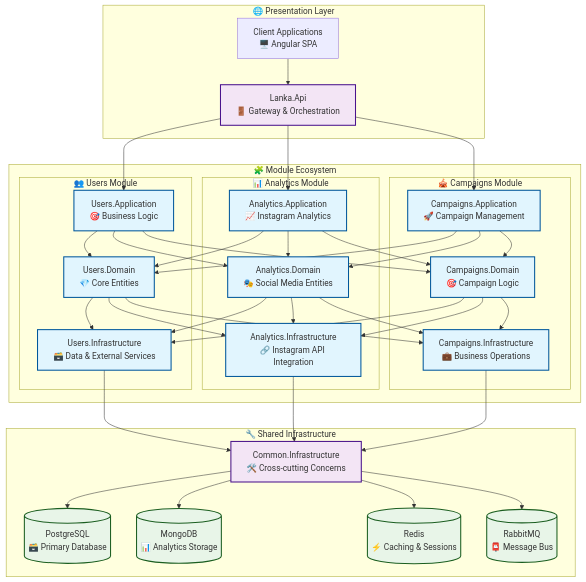
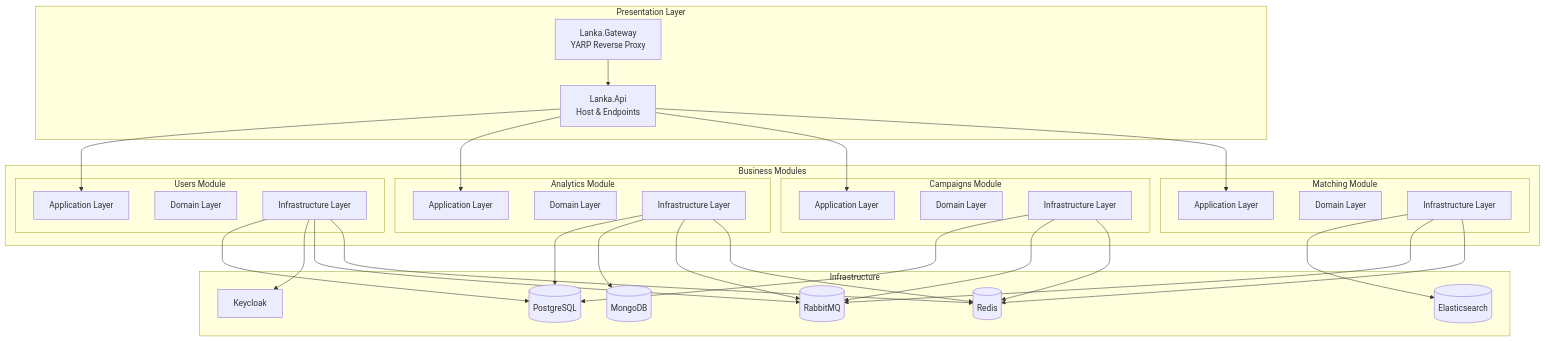
The diagram in docs/README.md (IIIA-KO/Lanka), drawn with Mermaid before and after one commit. The commit also changed other lines of this file and 19 other files, not shown here.

````diff
--- a/docs/README.md
+++ b/docs/README.md
@@ -60,50 +71,52 @@
 ```mermaid
 graph TB
-    subgraph "🌐 Presentation Layer"
-        API[Lanka.Api<br/>🚪 Gateway & Orchestration]
-        WEB[Client Applications<br/>🖥️ Angular SPA]
+    subgraph "Presentation Layer"
+        API[Lanka.Api<br/>Host & Endpoints]
+        GATEWAY[Lanka.Gateway<br/>YARP Reverse Proxy]
     end
-    
-    subgraph "🧩 Module Ecosystem"
-        subgraph "👥 Users Module"
-            UA[Users.Application<br/>🎯 Business Logic]
-            UD[Users.Domain<br/>💎 Core Entities]
-            UI[Users.Infrastructure<br/>🗃️ Data & External Services]
+
+    subgraph "Business Modules"
+        subgraph "Users Module"
+            UA[Application Layer]
+            UD[Domain Layer]
+            UI[Infrastructure Layer]
         end
-        
-        subgraph "📊 Analytics Module"
-            AA[Analytics.Application<br/>📈 Instagram Analytics]
-            AD[Analytics.Domain<br/>🎭 Social Media Entities]
-            AI[Analytics.Infrastructure<br/>🔗 Instagram API Integration]
+
+        subgraph "Analytics Module"
+            AA[Application Layer]
+            AD[Domain Layer]
+            AI[Infrastructure Layer]
         end
-        
-        subgraph "🎪 Campaigns Module"
-            CA[Campaigns.Application<br/>🚀 Campaign Management]
-            CD[Campaigns.Domain<br/>🎯 Campaign Logic]
-            CI[Campaigns.Infrastructure<br/>💼 Business Operations]
+
+        subgraph "Campaigns Module"
+            CA[Application Layer]
+            CD[Domain Layer]
+            CI[Infrastructure Layer]
+        end
+
+        subgraph "Matching Module"
+            MA[Application Layer]
+            MD[Domain Layer]
+            MI[Infrastructure Layer]
         end
     end
-    
-    subgraph "🔧 Shared Infrastructure"
-        COMMON[Common.Infrastructure<br/>🛠️ Cross-cutting Concerns]
-        DB[(PostgreSQL<br/>🗃️ Primary Database)]
-        MONGO[(MongoDB<br/>📊 Analytics Storage)]
-        REDIS[(Redis<br/>⚡ Caching & Sessions)]
-        RABBIT[(RabbitMQ<br/>📮 Message Bus)]
+
+    subgraph "Infrastructure"
+        DB[(PostgreSQL)]
+        MONGO[(MongoDB)]
+        REDIS[(Redis)]
+        RABBIT[(RabbitMQ)]
+        KEYCLOAK[Keycloak]
+        ES[(Elasticsearch)]
     end
-    
-    API --> UA & AA & CA
-    WEB --> API
-    UA & AA & CA --> UD & AD & CD
-    UD & AD & CD --> UI & AI & CI
-    UI & AI & CI --> COMMON
-    COMMON --> DB & MONGO & REDIS & RABBIT
-    
-    classDef moduleStyle fill:#e1f5fe,stroke:#01579b,stroke-width:2px
-    classDef infraStyle fill:#f3e5f5,stroke:#4a148c,stroke-width:2px
-    classDef dataStyle fill:#e8f5e8,stroke:#1b5e20,stroke-width:2px
-    
-    class UA,UD,UI,AA,AD,AI,CA,CD,CI moduleStyle
-    class API,COMMON infraStyle
-    class DB,MONGO,REDIS,RABBIT dataStyle
+
+    GATEWAY --> API
+    API --> UA & AA & CA & MA
+
+    UI --> DB & KEYCLOAK
+    AI --> DB & MONGO
+    CI --> DB
+    MI --> ES
+
+    UI & AI & CI & MI --> RABBIT & REDIS
 ```
````
